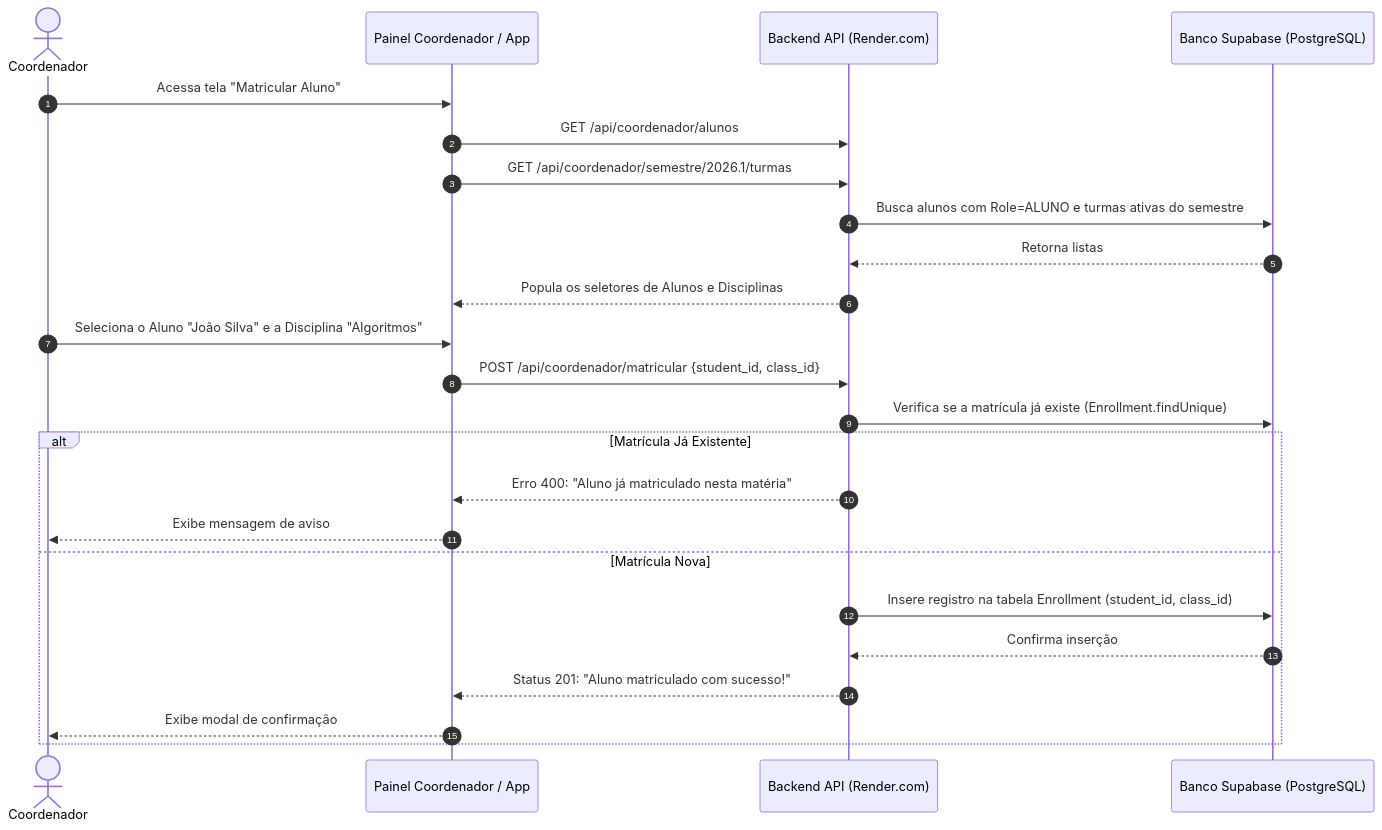
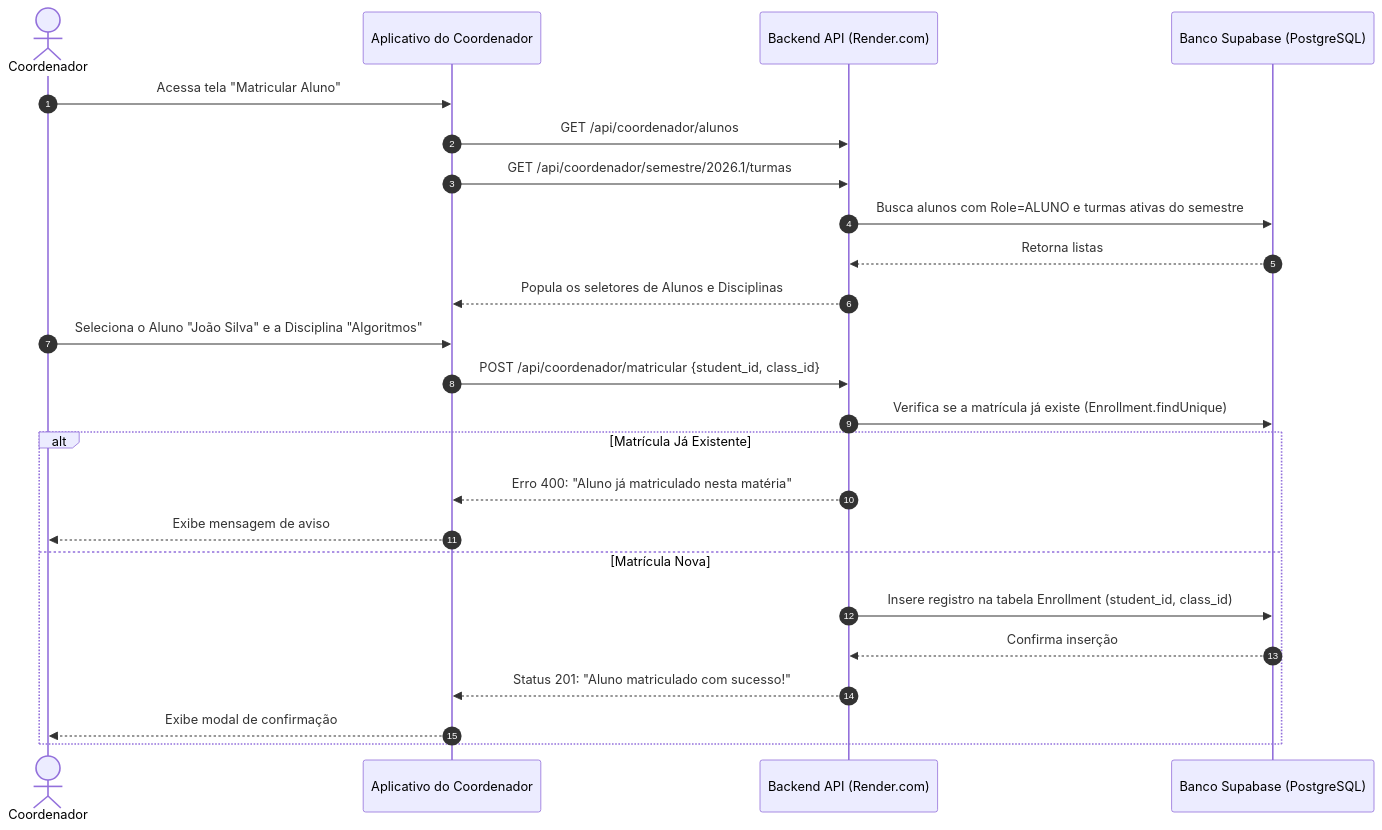
Before and after one commit to caneschi-lais/geoclass: diagram 14 of 24 in documentacao/diagramas/fluxos.md, drawn with Mermaid. The commit also changed other lines of this file and 34 other files, not shown here.

Commit message:
docs: add system architecture diagrams and generation script

````diff
--- a/documentacao/diagramas/fluxos.md
+++ b/documentacao/diagramas/fluxos.md
@@ -514,29 +514,29 @@
 ```mermaid
 sequenceDiagram
     autonumber
     actor Coordenador
-    participant Web as Painel Coordenador / App
+    participant App as Aplicativo do Coordenador
     participant API as Backend API (Render.com)
     participant DB as Banco Supabase (PostgreSQL)
 
-    Coordenador->>Web: Acessa tela "Matricular Aluno"
-    Web->>API: GET /api/coordenador/alunos
-    Web->>API: GET /api/coordenador/semestre/2026.1/turmas
+    Coordenador->>App: Acessa tela "Matricular Aluno"
+    App->>API: GET /api/coordenador/alunos
+    App->>API: GET /api/coordenador/semestre/2026.1/turmas
     API->>DB: Busca alunos com Role=ALUNO e turmas ativas do semestre
     DB-->>API: Retorna listas
-    API-->>Web: Popula os seletores de Alunos e Disciplinas
+    API-->>App: Popula os seletores de Alunos e Disciplinas
 
-    Coordenador->>Web: Seleciona o Aluno "João Silva" e a Disciplina "Algoritmos"
-    Web->>API: POST /api/coordenador/matricular {student_id, class_id}
+    Coordenador->>App: Seleciona o Aluno "João Silva" e a Disciplina "Algoritmos"
+    App->>API: POST /api/coordenador/matricular {student_id, class_id}
 
     API->>DB: Verifica se a matrícula já existe (Enrollment.findUnique)
     alt Matrícula Já Existente
-        API-->>Web: Erro 400: "Aluno já matriculado nesta matéria"
-        Web-->>Coordenador: Exibe mensagem de aviso
+        API-->>App: Erro 400: "Aluno já matriculado nesta matéria"
+        App-->>Coordenador: Exibe mensagem de aviso
     else Matrícula Nova
         API->>DB: Insere registro na tabela Enrollment (student_id, class_id)
         DB-->>API: Confirma inserção
-        API-->>Web: Status 201: "Aluno matriculado com sucesso!"
-        Web-->>Coordenador: Exibe modal de confirmação
+        API-->>App: Status 201: "Aluno matriculado com sucesso!"
+        App-->>Coordenador: Exibe modal de confirmação
     end
 ```
````
